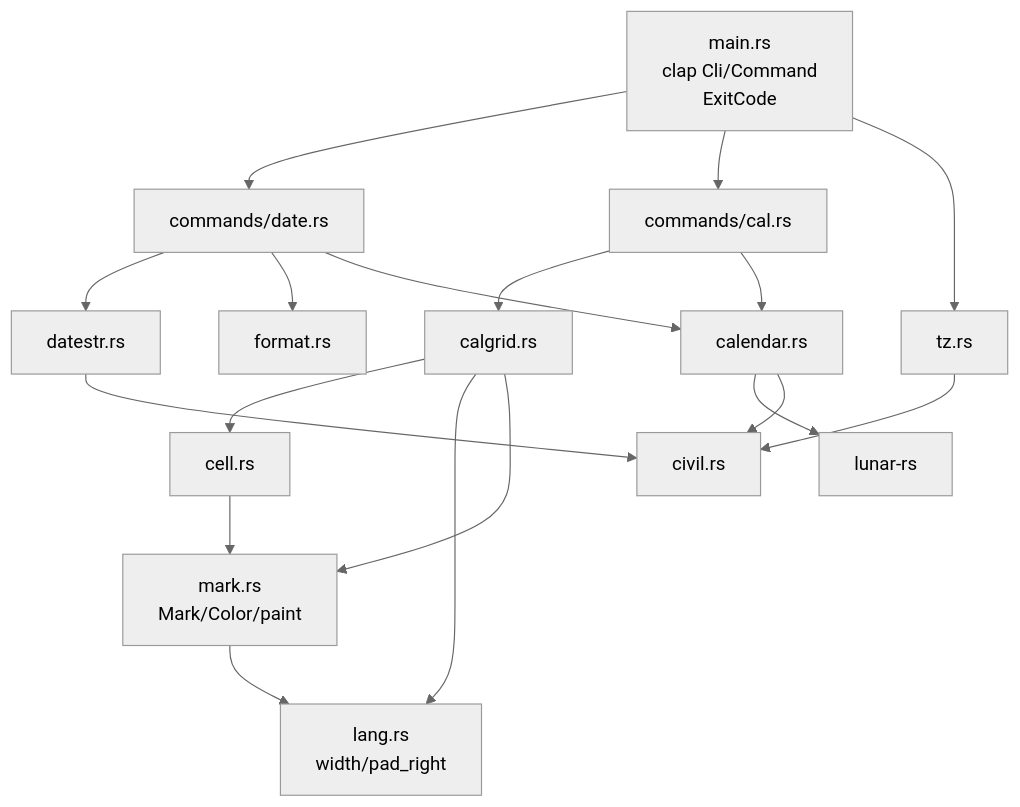
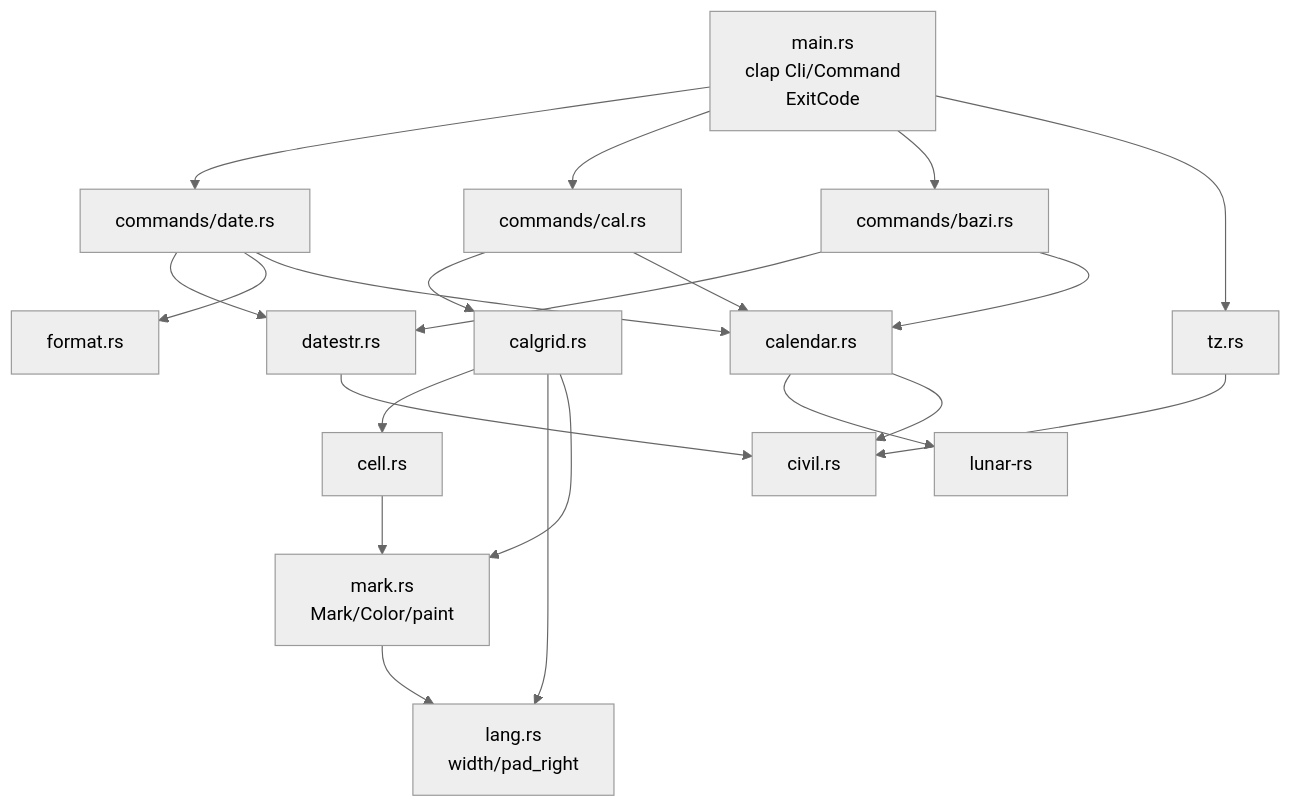
The diagram in AGENTS.md (YangtseSu/lunar), drawn with Mermaid (neutral theme) before and after one commit. The commit also changed other lines of this file and 9 other files, not shown here.

````diff
--- a/AGENTS.md
+++ b/AGENTS.md
@@ -92,20 +100,23 @@
 ```mermaid
 graph TD
   A[main.rs<br/>clap Cli/Command<br/>ExitCode] --> B[commands/date.rs]
   A --> C[commands/cal.rs]
+  A --> N[commands/bazi.rs]
   A --> D[tz.rs]
   B --> E[datestr.rs]
+  N --> E
   B --> F[format.rs]
   C --> G[calgrid.rs]
   G --> H[cell.rs]
   B --> I[calendar.rs]
   C --> I
+  N --> I
   I --> J[lunar-rs]
   G --> L[lang.rs<br/>width/pad_right]
   G --> M[mark.rs<br/>Mark/Color/paint]
   H --> M
   M --> L
   D --> K[civil.rs]
   I --> K
   E --> K
 ```
````
